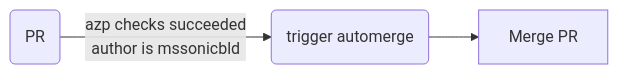
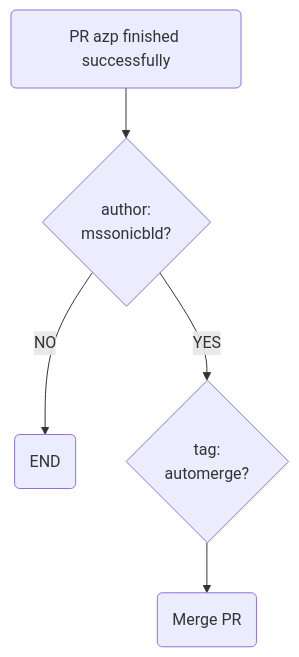
The second of 3 diagrams in .github/workflows/README.md (liushilongbuaa/sonic-buildimage), drawn with Mermaid before and after one commit. The commit also changed other lines of this file, not shown here.

````diff
--- a/.github/workflows/README.md
+++ b/.github/workflows/README.md
@@ -19,5 +21,6 @@
 ```mermaid
-graph LR
-A(PR) -- azp checks succeeded<br>author is mssonicbld --> B(trigger automerge)
-B --> C[Merge PR]
+graph
+Start(PR azp finished successfully) --> A{author:<br>mssonicbld?}
+A -- NO --> END(END)
+A -- YES --> B{tag:<br>automerge?} --> C(Merge PR)
 ```
````
